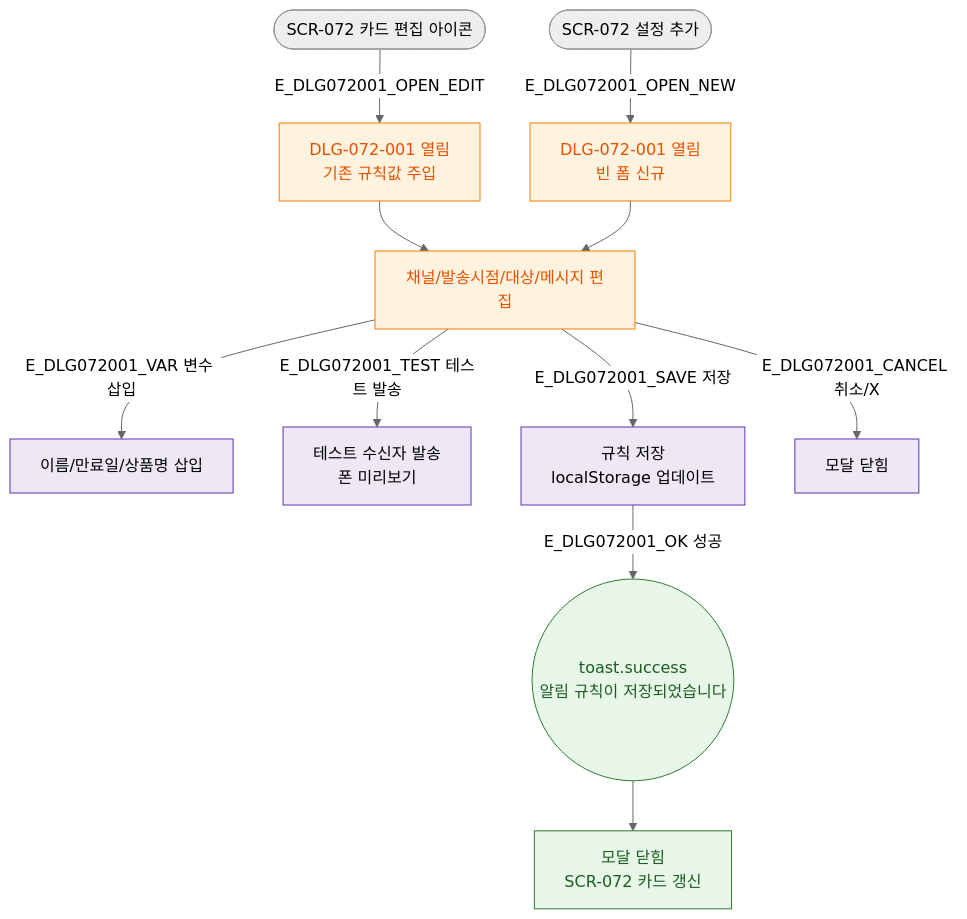
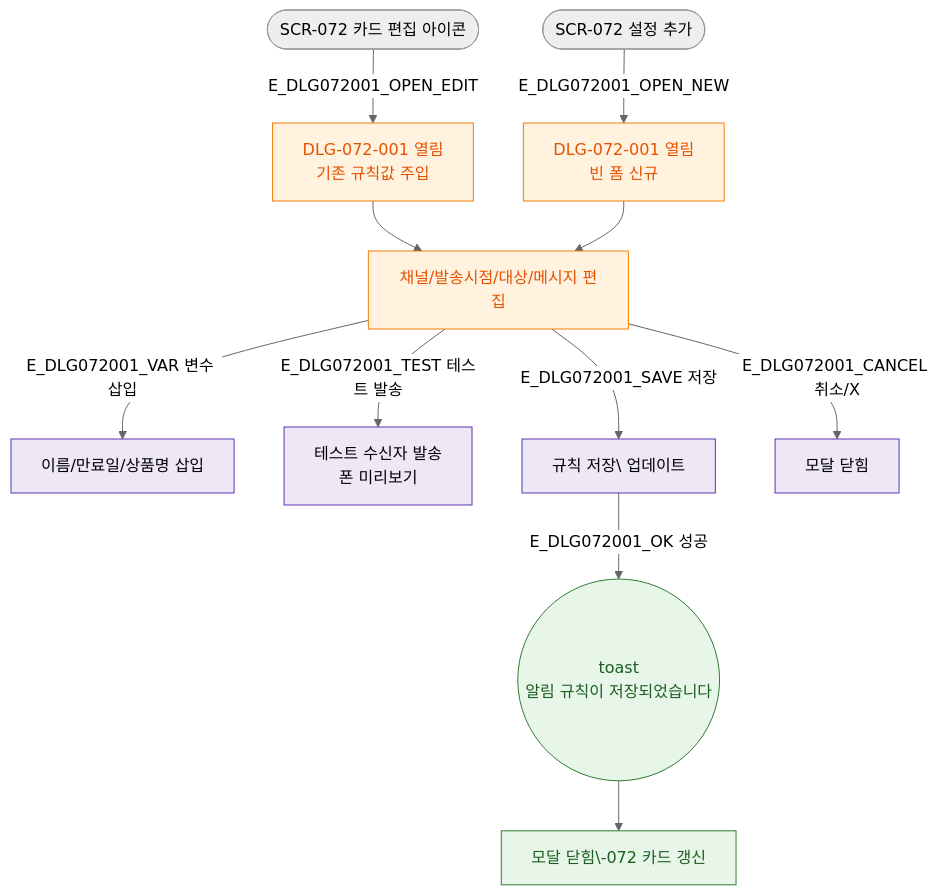
The diagram in docs/다이어그램/D08_마케팅/DLG/DLG-072-001_알림규칙편집/M1_생명주기.md (dev-spogym/admin-pando), drawn with Mermaid (neutral theme) before and after one commit. The commit also changed other lines of this file and 1660 other files, not shown here.

First line of the commit message:
다이어그램: 기획자/클라이언트 납품본으로 정리

````diff
--- a/docs/다이어그램/D08_마케팅/DLG/DLG-072-001_알림규칙편집/M1_생명주기.md
+++ b/docs/다이어그램/D08_마케팅/DLG/DLG-072-001_알림규칙편집/M1_생명주기.md
@@ -14,23 +12,23 @@
 ```mermaid
 flowchart TD
-  TRIGGER_EDIT([SCR-072 카드 편집 아이콘]) -->|E_DLG072001_OPEN_EDIT| MODAL[DLG-072-001 열림\n기존 규칙값 주입]
-  TRIGGER_NEW([SCR-072 설정 추가]) -->|E_DLG072001_OPEN_NEW| MODAL_NEW[DLG-072-001 열림\n빈 폼 신규]
+  TRIGGER_EDIT([SCR-072 카드 편집 아이콘]) -->|E_DLG072001_OPEN_EDIT|MODAL[DLG-072-001 열림\n기존 규칙값 주입]
+  TRIGGER_NEW([SCR-072 설정 추가]) -->|E_DLG072001_OPEN_NEW|MODAL_NEW[DLG-072-001 열림\n빈 폼 신규]
 
   MODAL --> INPUT[채널/발송시점/대상/메시지 편집]
   MODAL_NEW --> INPUT
-  INPUT -->|E_DLG072001_VAR 변수 삽입| VAR[이름/만료일/상품명 삽입]
-  INPUT -->|E_DLG072001_TEST 테스트 발송| TEST[테스트 수신자 발송\n폰 미리보기]
-  INPUT -->|E_DLG072001_SAVE 저장| SAVE_API[규칙 저장\nlocalStorage 업데이트]
-  INPUT -->|E_DLG072001_CANCEL 취소/X| CLOSE[모달 닫힘]
+  INPUT -->|E_DLG072001_VAR 변수 삽입|VAR[이름/만료일/상품명 삽입]
+  INPUT -->|E_DLG072001_TEST 테스트 발송|TEST[테스트 수신자 발송\n폰 미리보기]
+  INPUT -->|E_DLG072001_SAVE 저장|SAVE_API[규칙 저장\ 업데이트]
+  INPUT -->|E_DLG072001_CANCEL 취소/X|CLOSE[모달 닫힘]
 
-  SAVE_API -->|E_DLG072001_OK 성공| T_OK((toast.success\n알림 규칙이 저장되었습니다))
-  T_OK --> CLOSE_OK[모달 닫힘\nSCR-072 카드 갱신]
+  SAVE_API -->|E_DLG072001_OK 성공|T_OK((toast\n알림 규칙이 저장되었습니다))
+  T_OK --> CLOSE_OK[모달 닫힘\-072 카드 갱신]
 
-  classDef modal       fill:#FFF3E0,stroke:#F57C00,color:#E65100
-  classDef success     fill:#E8F5E9,stroke:#2E7D32,color:#1B5E20
-  classDef system      fill:#EDE7F6,stroke:#5E35B2
+  classDef modal fill:#FFF3E0,stroke:#F57C00,color:#E65100
+  classDef success fill:#E8F5E9,stroke:#2E7D32,color:#1B5E20
+  classDef system fill:#EDE7F6,stroke:#5E35B2
 
   class MODAL,MODAL_NEW,INPUT modal
   class T_OK,CLOSE_OK success
   class VAR,TEST,SAVE_API,CLOSE system
 ```
````
